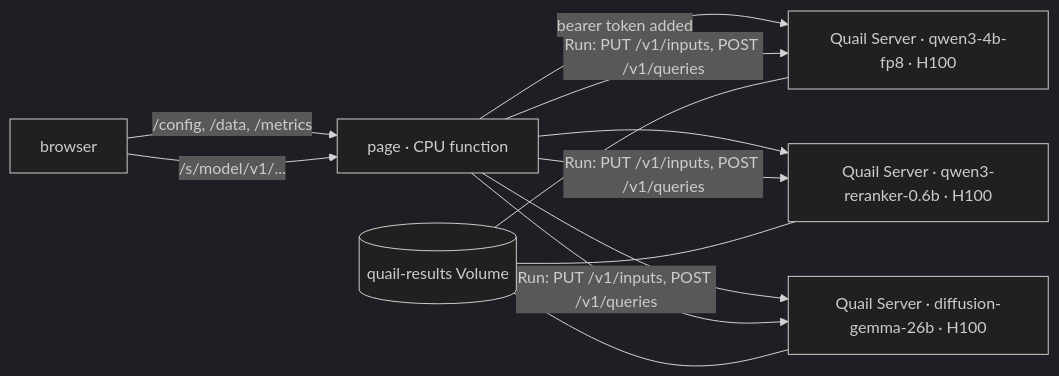
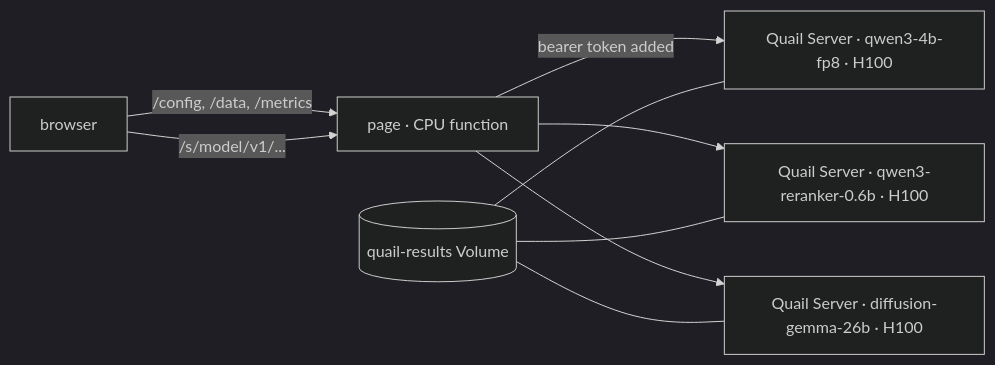
The diagram in README.md (fsdatalab/quail-playground), drawn with Mermaid (dark theme) before and after one commit. The commit also changed other lines of this file and 6 other files, not shown here.

````diff
--- a/README.md
+++ b/README.md
@@ -22,10 +22,9 @@
 ```mermaid
 flowchart LR
   B[browser] -->|/config, /data, /metrics| P[page · CPU function]
   B -->|/s/model/v1/...| P
   P -->|bearer token added| Q1[Quail Server · qwen3-4b-fp8 · H100]
   P --> Q2[Quail Server · qwen3-reranker-0.6b · H100]
   P --> Q3[Quail Server · diffusion-gemma-26b · H100]
-  P -->|Run: PUT /v1/inputs, POST /v1/queries| Q1 & Q2 & Q3
   V[(quail-results Volume)] --- Q1 & Q2 & Q3
 ```
````
